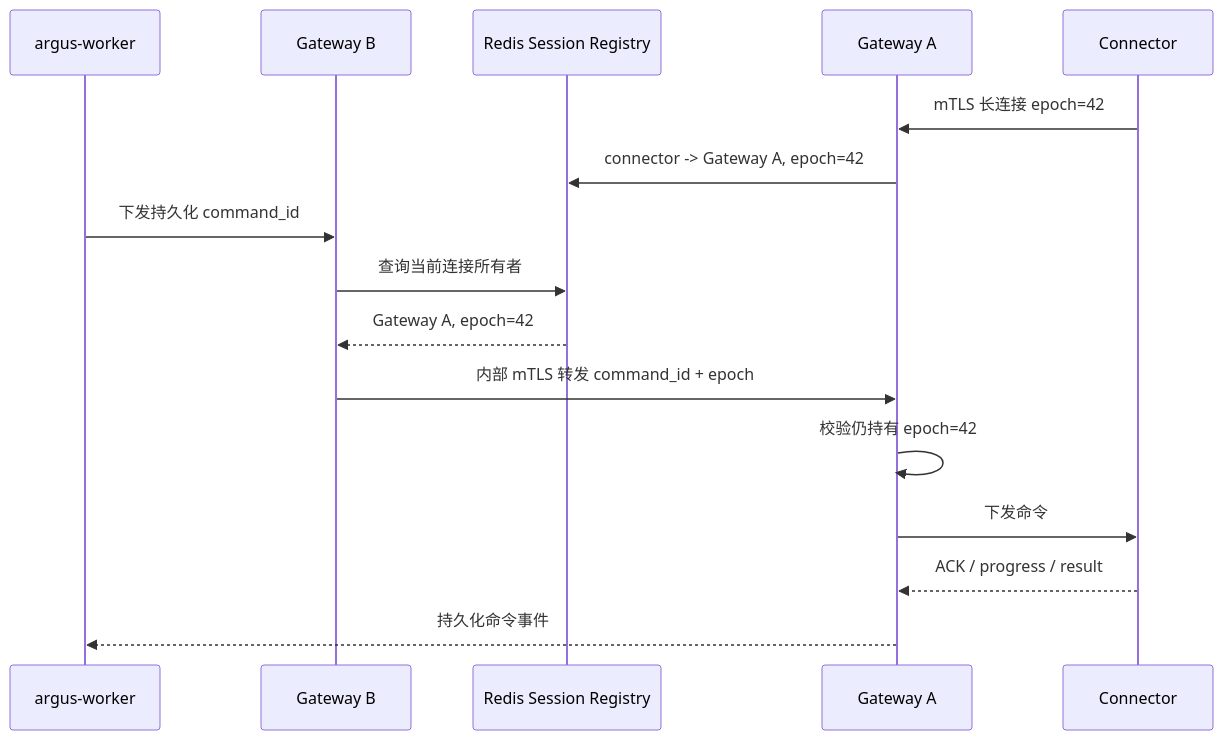
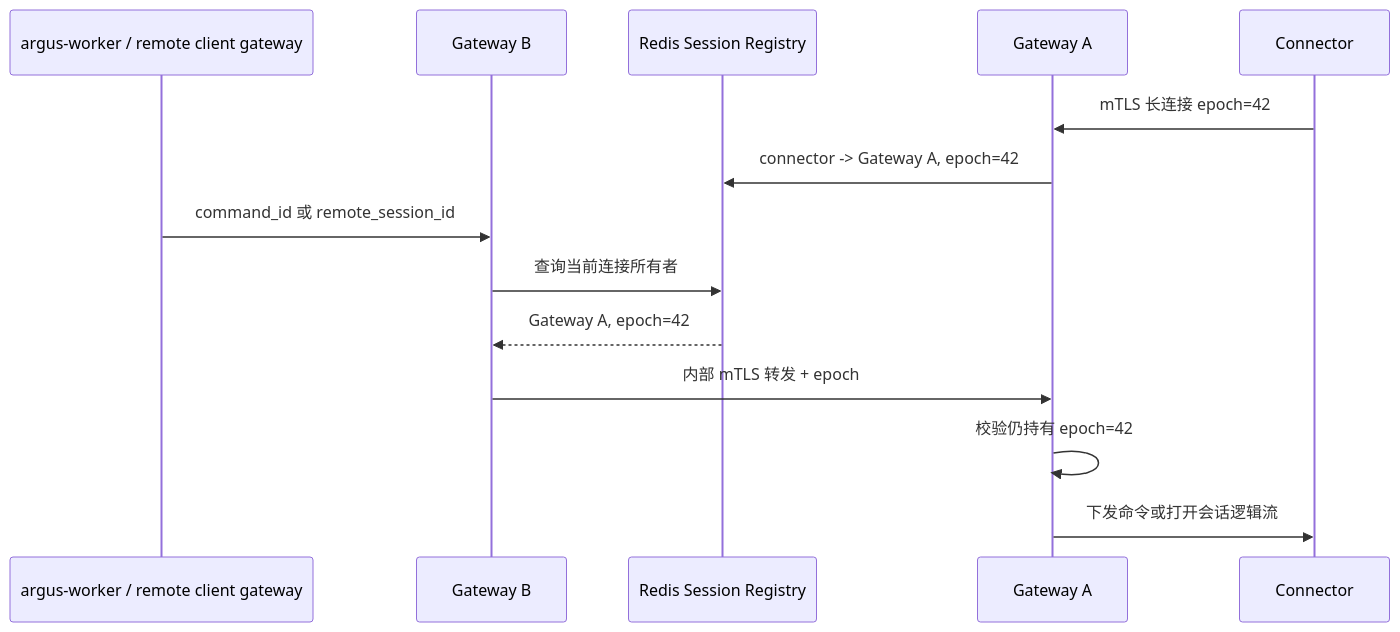
One commit to kakj-go/Argus changed the third of 4 diagrams in docs/03-connectors-and-resources.md. Above: the diagram before and after it, drawn with Mermaid. The commit also changed other lines of this file and 302 other files, not shown here.

````diff
--- a/docs/03-connectors-and-resources.md
+++ b/docs/03-connectors-and-resources.md
@@ -83,19 +219,17 @@
 ```mermaid
 sequenceDiagram
-    participant W as argus-worker
+    participant W as argus-worker / remote client gateway
     participant G2 as Gateway B
     participant R as Redis Session Registry
     participant G1 as Gateway A
     participant C as Connector
 
     C->>G1: mTLS 长连接 epoch=42
     G1->>R: connector -> Gateway A, epoch=42
-    W->>G2: 下发持久化 command_id
+    W->>G2: command_id 或 remote_session_id
     G2->>R: 查询当前连接所有者
     R-->>G2: Gateway A, epoch=42
-    G2->>G1: 内部 mTLS 转发 command_id + epoch
+    G2->>G1: 内部 mTLS 转发 + epoch
     G1->>G1: 校验仍持有 epoch=42
-    G1->>C: 下发命令
-    C-->>G1: ACK / progress / result
-    G1-->>W: 持久化命令事件
+    G1->>C: 下发命令或打开会话逻辑流
 ```
````
